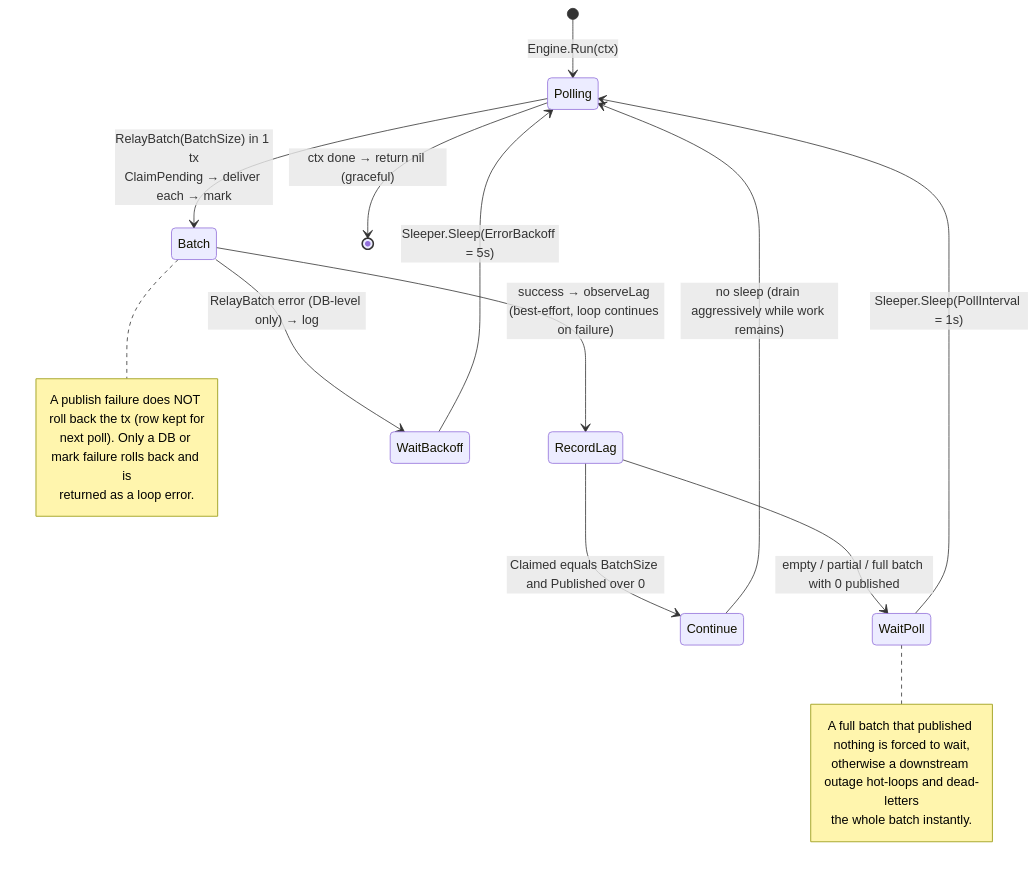
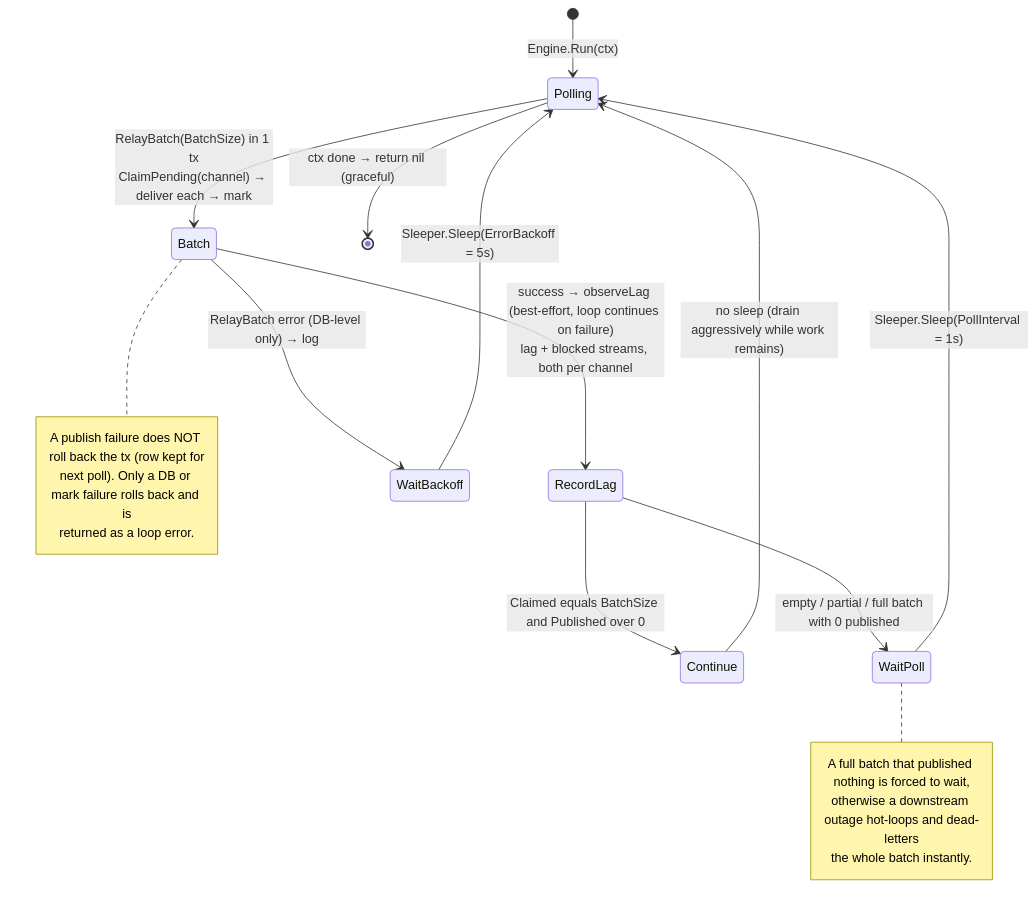
The second of 5 diagrams in docs/design/outbox.md (Tomy-ch/go-boilerplate), drawn with Mermaid before and after one commit. The commit also changed other lines of this file and 19 other files, not shown here.

````diff
--- a/docs/design/outbox.md
+++ b/docs/design/outbox.md
@@ -67,24 +72,24 @@
 ```mermaid
 stateDiagram-v2
     [*] --> Polling: Engine.Run(ctx)
-    Polling --> Batch: RelayBatch(BatchSize) in 1 tx<br/>ClaimPending → deliver each → mark
-    Batch --> RecordLag: success → observeLag (best-effort, loop continues on failure)
+    Polling --> Batch: RelayBatch(BatchSize) in 1 tx<br/>ClaimPending(channel) → deliver each → mark
+    Batch --> RecordLag: success → observeLag (best-effort, loop continues on failure)<br/>lag + blocked streams, both per channel
     RecordLag --> Continue: Claimed equals BatchSize and Published over 0
     RecordLag --> WaitPoll: empty / partial / full batch with 0 published
     Batch --> WaitBackoff: RelayBatch error (DB-level only) → log
     Continue --> Polling: no sleep (drain aggressively while work remains)
     WaitPoll --> Polling: Sleeper.Sleep(PollInterval = 1s)
     WaitBackoff --> Polling: Sleeper.Sleep(ErrorBackoff = 5s)
     Polling --> [*]: ctx done → return nil (graceful)
 
     note right of WaitPoll
       A full batch that published nothing is forced to wait,
       otherwise a downstream outage hot-loops and dead-letters
       the whole batch instantly.
     end note
     note right of Batch
       A publish failure does NOT roll back the tx (row kept for
       next poll). Only a DB or mark failure rolls back and is
       returned as a loop error.
     end note
 ```
````
